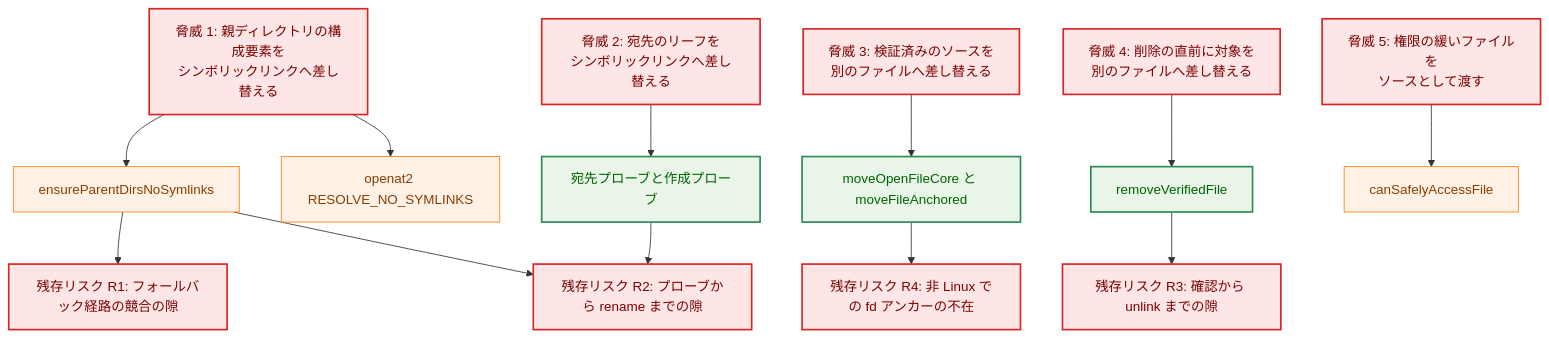
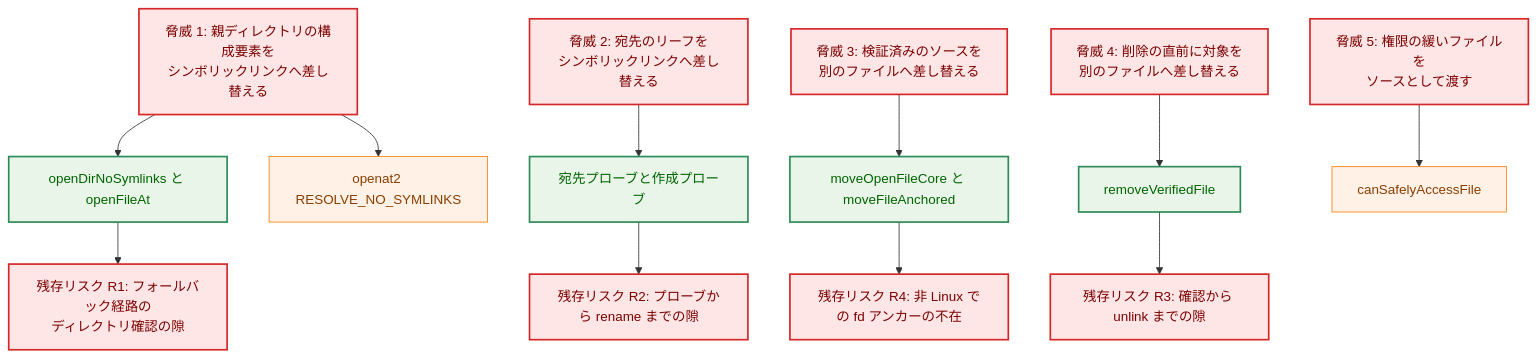
The seventh of 12 diagrams in docs/tasks/0167_safefileio_b1_remaining/02_architecture.md (isseis/go-safe-cmd-runner), drawn with Mermaid before and after one commit. The commit also changed other lines of this file and 1 other file, not shown here.

````diff
--- a/docs/tasks/0167_safefileio_b1_remaining/02_architecture.md
+++ b/docs/tasks/0167_safefileio_b1_remaining/02_architecture.md
@@ -520,41 +551,41 @@
 ```mermaid
 flowchart TD
     classDef process fill:#fff1e6,stroke:#ff7f0e,stroke-width:1px,color:#8a3e00;
     classDef enhanced fill:#e8f5e8,stroke:#2e8b57,stroke-width:2px,color:#006400;
     classDef problem fill:#ffe6e6,stroke:#d62728,stroke-width:2px,color:#7b0000;
 
     T1["脅威 1: 親ディレクトリの構成要素を<br>シンボリックリンクへ差し替える"]
     T2["脅威 2: 宛先のリーフを<br>シンボリックリンクへ差し替える"]
     T3["脅威 3: 検証済みのソースを<br>別のファイルへ差し替える"]
     T4["脅威 4: 削除の直前に対象を<br>別のファイルへ差し替える"]
     T5["脅威 5: 権限の緩いファイルを<br>ソースとして渡す"]
 
-    D1["ensureParentDirsNoSymlinks"]
+    D1["openDirNoSymlinks と openFileAt"]
     D2["openat2 RESOLVE_NO_SYMLINKS"]
     D3["宛先プローブと作成プローブ"]
     D4["moveOpenFileCore と moveFileAnchored"]
     D5["removeVerifiedFile"]
     D6["canSafelyAccessFile"]
 
-    R1["残存リスク R1: フォールバック経路の競合の隙"]
+    R1["残存リスク R1: フォールバック経路の<br>ディレクトリ確認の隙"]
     R2["残存リスク R2: プローブから rename までの隙"]
     R3["残存リスク R3: 確認から unlink までの隙"]
     R4["残存リスク R4: 非 Linux での fd アンカーの不在"]
 
     T1 --> D1
     T1 --> D2
     T2 --> D3
     T3 --> D4
     T4 --> D5
     T5 --> D6
     D1 --> R1
-    D1 --> R2
     D3 --> R2
     D4 --> R4
     D5 --> R3
 
     class T1,T2,T3,T4,T5 problem
-    class D1,D2,D6 process
+    class D2,D6 process
+    class D1 enhanced
     class D3,D4,D5 enhanced
     class R1,R2,R3,R4 problem
 ```
````
